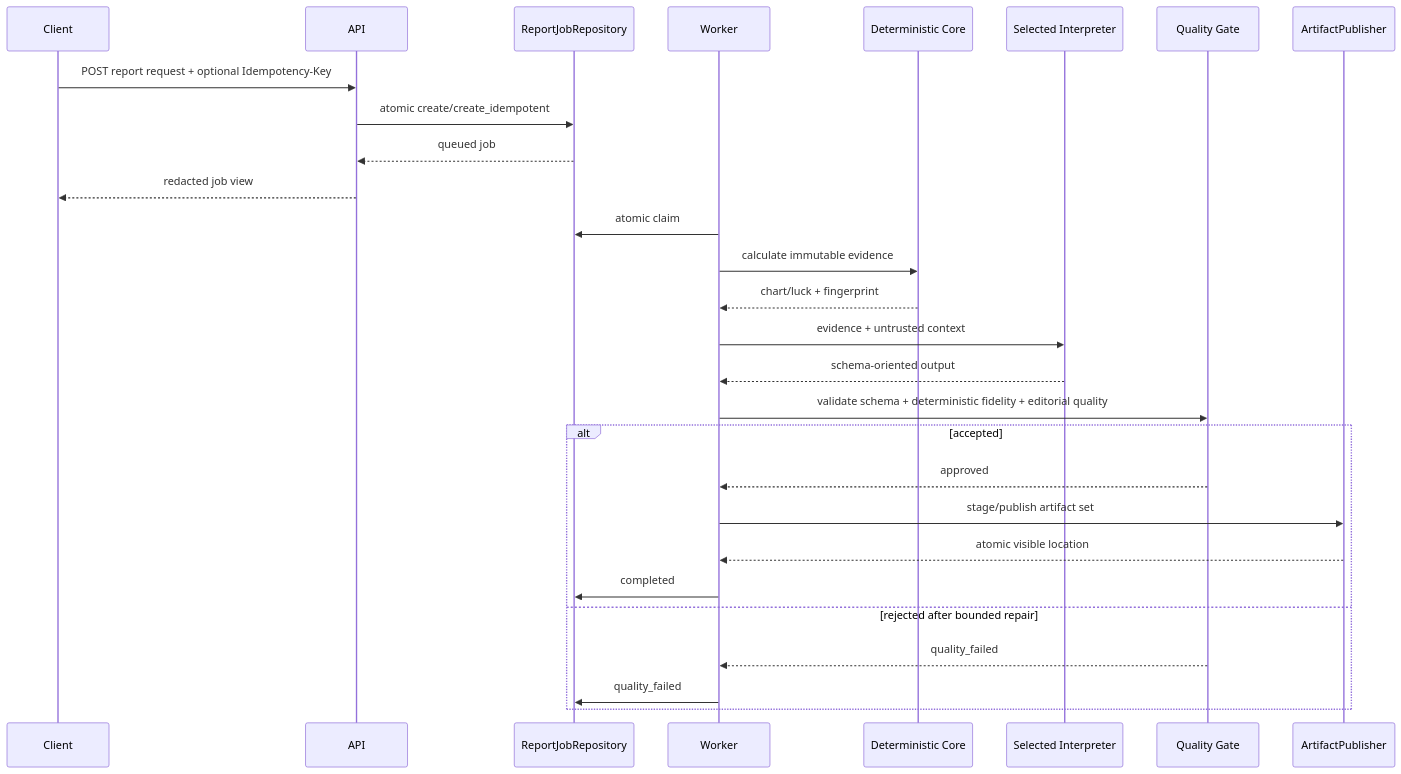
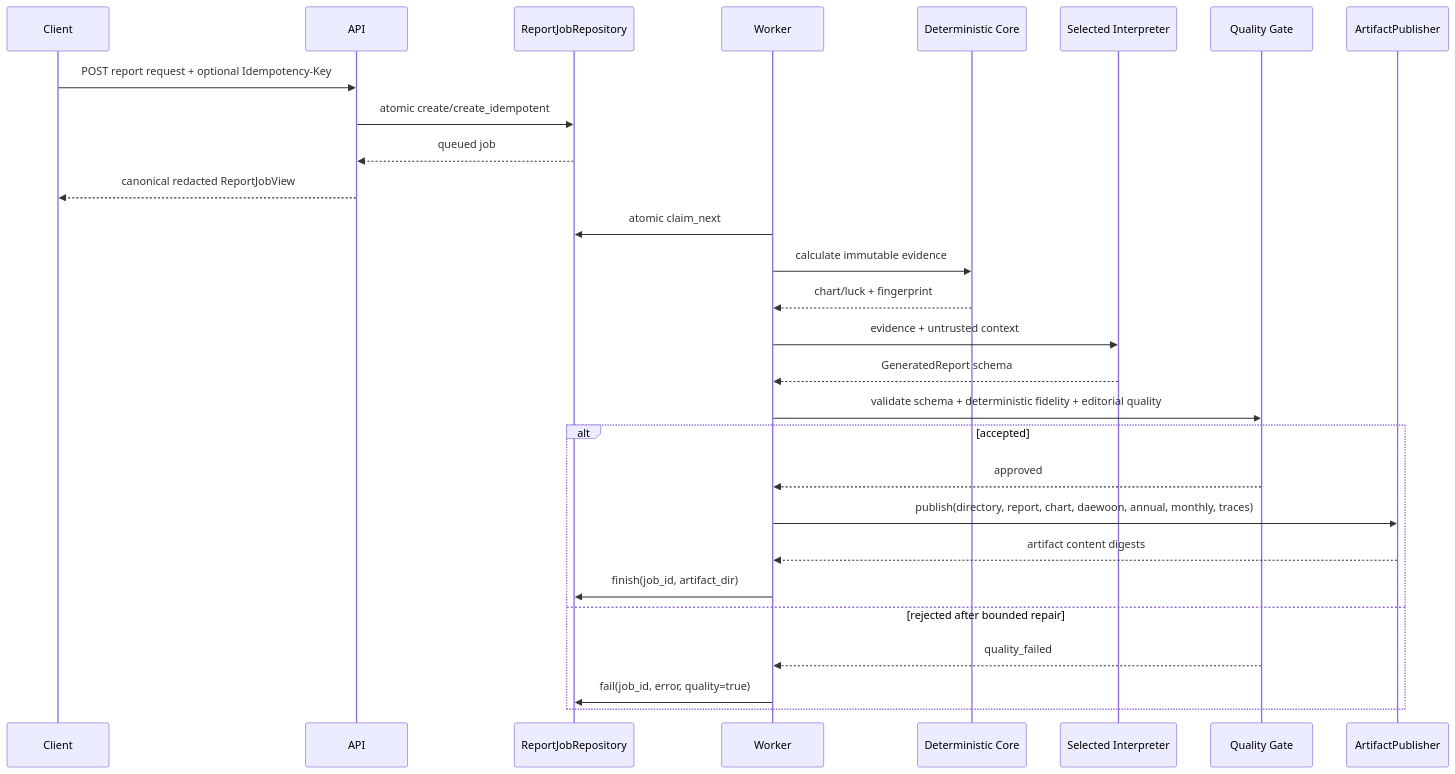
The second of 5 diagrams in docs/uml/governance-and-data.md (ContextualWisdomLab/four-pillars), drawn with Mermaid before and after one commit. The commit also changed other lines of this file, not shown here.

Commit message:
docs: synchronize UML with application ports

````diff
--- a/docs/uml/governance-and-data.md
+++ b/docs/uml/governance-and-data.md
@@ -66,31 +75,31 @@
 ```mermaid
 sequenceDiagram
     participant Client
     participant API
     participant Repo as ReportJobRepository
     participant Worker
     participant Calc as Deterministic Core
     participant LLM as Selected Interpreter
     participant Gate as Quality Gate
     participant Publisher as ArtifactPublisher
 
     Client->>API: POST report request + optional Idempotency-Key
     API->>Repo: atomic create/create_idempotent
     Repo-->>API: queued job
-    API-->>Client: redacted job view
-    Worker->>Repo: atomic claim
+    API-->>Client: canonical redacted ReportJobView
+    Worker->>Repo: atomic claim_next
     Worker->>Calc: calculate immutable evidence
     Calc-->>Worker: chart/luck + fingerprint
     Worker->>LLM: evidence + untrusted context
-    LLM-->>Worker: schema-oriented output
+    LLM-->>Worker: GeneratedReport schema
     Worker->>Gate: validate schema + deterministic fidelity + editorial quality
     alt accepted
         Gate-->>Worker: approved
-        Worker->>Publisher: stage/publish artifact set
-        Publisher-->>Worker: atomic visible location
-        Worker->>Repo: completed
+        Worker->>Publisher: publish(directory, report, chart, daewoon, annual, monthly, traces)
+        Publisher-->>Worker: artifact content digests
+        Worker->>Repo: finish(job_id, artifact_dir)
     else rejected after bounded repair
         Gate-->>Worker: quality_failed
-        Worker->>Repo: quality_failed
+        Worker->>Repo: fail(job_id, error, quality=true)
     end
 ```
````
